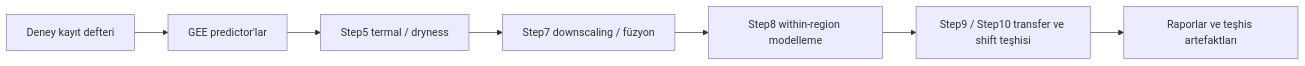
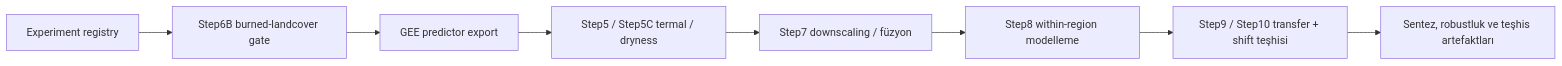
Before and after one commit to emrehann17/satellite-thermal-digital-twin: the diagram in README.md, drawn with Mermaid. The commit also changed other lines of this file and 93 other files, not shown here.

````diff
--- a/README.md
+++ b/README.md
@@ -37,9 +61,10 @@
 ```mermaid
 flowchart LR
-    A[Deney kayıt defteri] --> B[GEE predictor'lar]
-    B --> C[Step5 termal / dryness]
-    C --> D[Step7 downscaling / füzyon]
-    D --> E[Step8 within-region modelleme]
-    E --> F[Step9 / Step10 transfer ve shift teşhisi]
-    F --> G[Raporlar ve teşhis artefaktları]
+    A[Experiment registry] --> B[Step6B burned-landcover gate]
+    B --> C[GEE predictor export]
+    C --> D[Step5 / Step5C termal / dryness]
+    D --> E[Step7 downscaling / füzyon]
+    E --> F[Step8 within-region modelleme]
+    F --> G[Step9 / Step10 transfer + shift teşhisi]
+    G --> H[Sentez, robustluk ve teşhis artefaktları]
 ```
````
